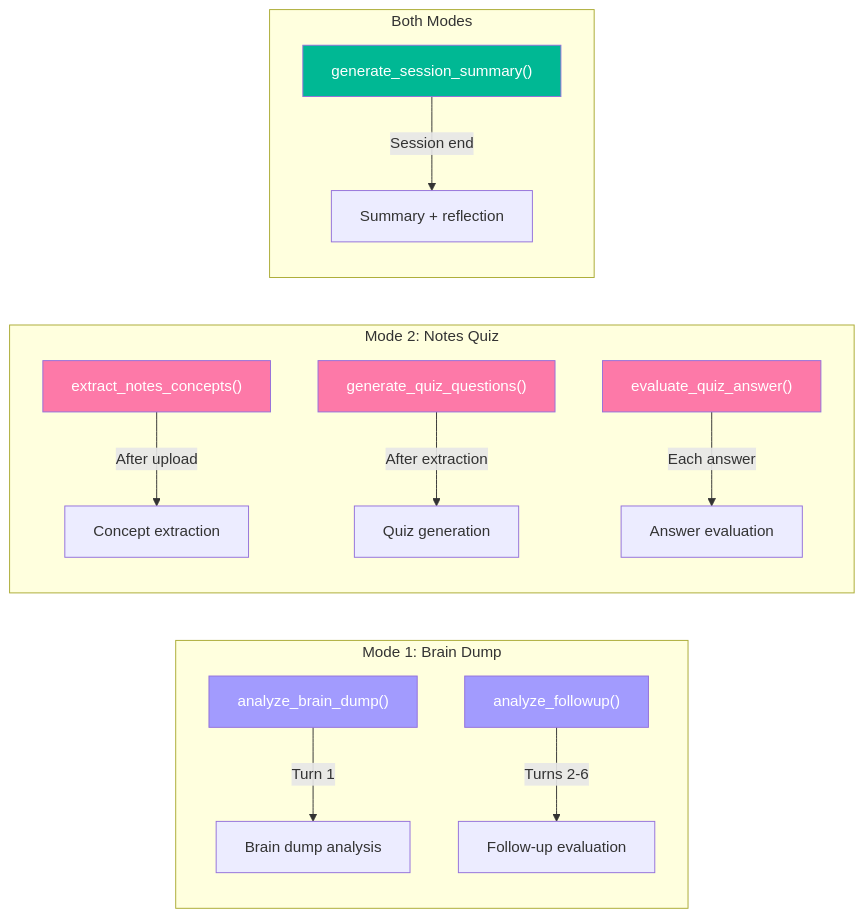
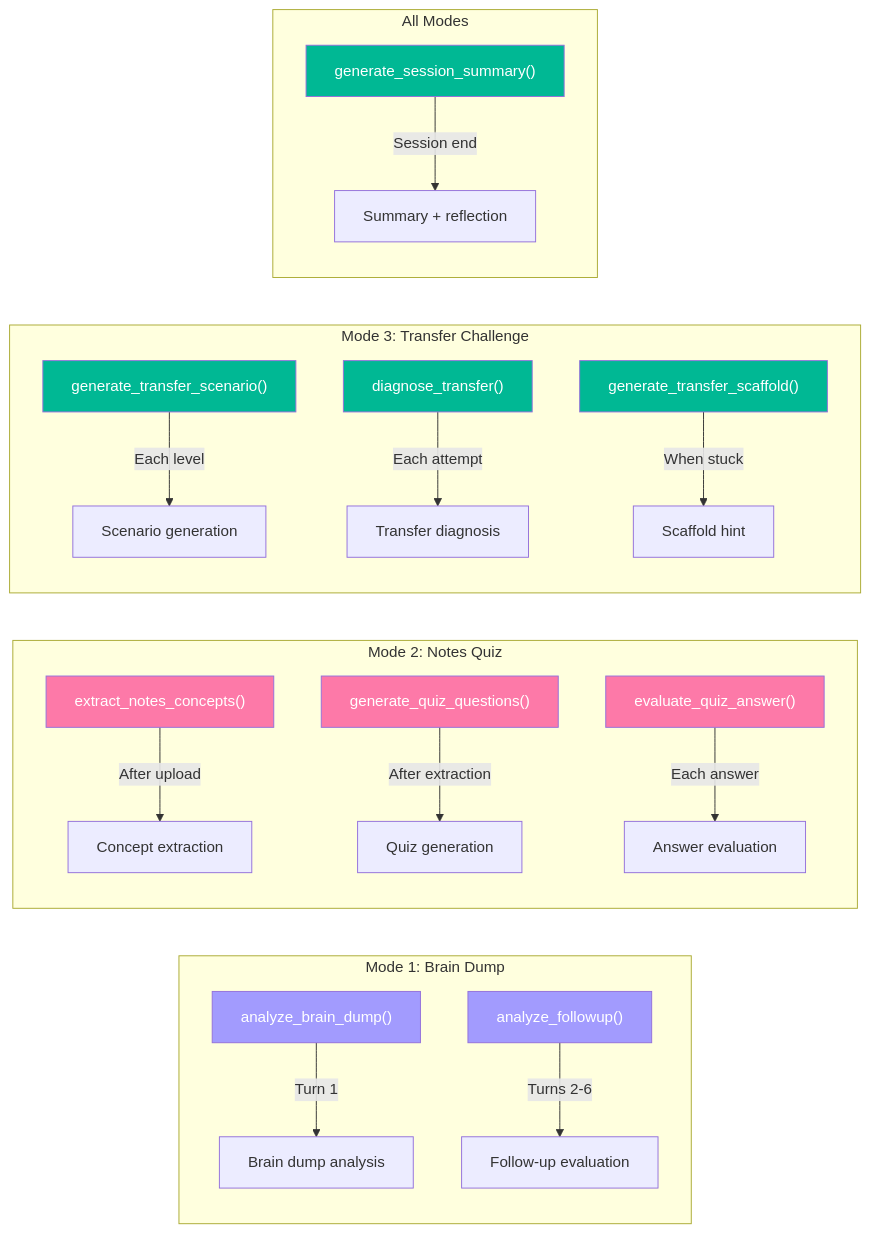
One commit to ChenMel27/adaptive-recall-engine changed the third of 5 diagrams in docs/ai-pipeline.md. Above: the diagram before and after it, drawn with Mermaid. The commit also changed other lines of this file and 14 other files, not shown here.

````diff
--- a/docs/ai-pipeline.md
+++ b/docs/ai-pipeline.md
@@ -56,24 +62,33 @@
 ```mermaid
 graph LR
     subgraph "Mode 1: Brain Dump"
         BD1["analyze_brain_dump()"] -->|"Turn 1"| R1["Brain dump analysis"]
         BD2["analyze_followup()"] -->|"Turns 2-6"| R2["Follow-up evaluation"]
     end
 
     subgraph "Mode 2: Notes Quiz"
         NQ1["extract_notes_concepts()"] -->|"After upload"| R3["Concept extraction"]
         NQ2["generate_quiz_questions()"] -->|"After extraction"| R4["Quiz generation"]
         NQ3["evaluate_quiz_answer()"] -->|"Each answer"| R5["Answer evaluation"]
     end
 
-    subgraph "Both Modes"
+    subgraph "Mode 3: Transfer Challenge"
+        TC1["generate_transfer_scenario()"] -->|"Each level"| R7["Scenario generation"]
+        TC2["diagnose_transfer()"] -->|"Each attempt"| R8["Transfer diagnosis"]
+        TC3["generate_transfer_scaffold()"] -->|"When stuck"| R9["Scaffold hint"]
+    end
+
+    subgraph "All Modes"
         SUM["generate_session_summary()"] -->|"Session end"| R6["Summary + reflection"]
     end
 
     style BD1 fill:#a29bfe,color:#fff
     style BD2 fill:#a29bfe,color:#fff
     style NQ1 fill:#fd79a8,color:#fff
     style NQ2 fill:#fd79a8,color:#fff
     style NQ3 fill:#fd79a8,color:#fff
+    style TC1 fill:#00b894,color:#fff
+    style TC2 fill:#00b894,color:#fff
+    style TC3 fill:#00b894,color:#fff
     style SUM fill:#00b894,color:#fff
 ```
````
